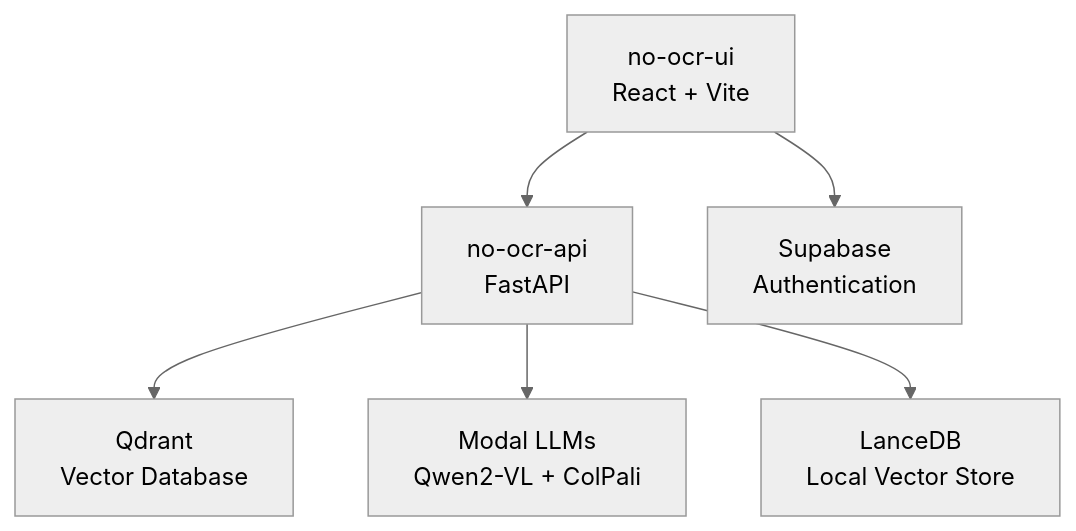
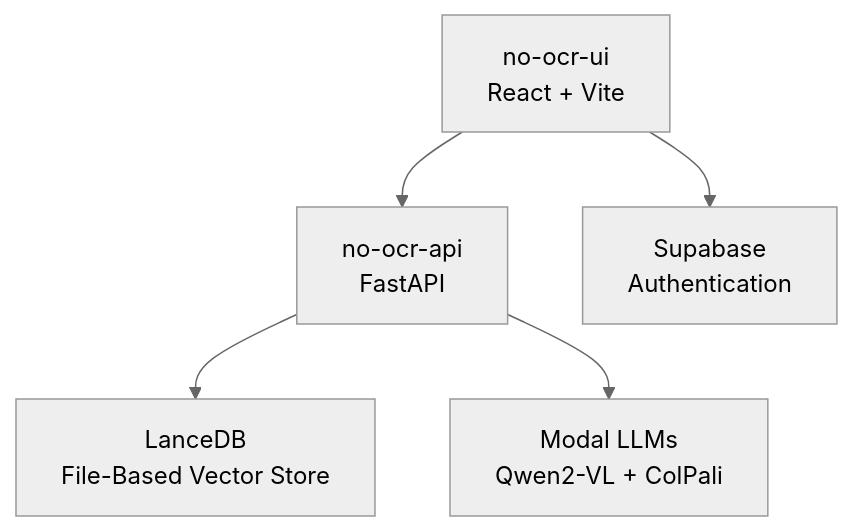
The diagram in deployment/overview.mdx (mintlify-atlas/docs-atlas-19fb38fe), drawn with Mermaid (neutral theme) before and after one commit. The commit also changed other lines of this file and 4 other files, not shown here.

````diff
--- a/deployment/overview.mdx
+++ b/deployment/overview.mdx
@@ -23,8 +23,7 @@
 ```mermaid
 graph TB
     UI[no-ocr-ui<br/>React + Vite] --> API[no-ocr-api<br/>FastAPI]
-    API --> Qdrant[Qdrant<br/>Vector Database]
+    API --> LanceDB[LanceDB<br/>File-Based Vector Store]
     API --> Modal[Modal LLMs<br/>Qwen2-VL + ColPali]
     UI --> Supabase[Supabase<br/>Authentication]
-    API --> LanceDB[LanceDB<br/>Local Vector Store]
 ```
````
